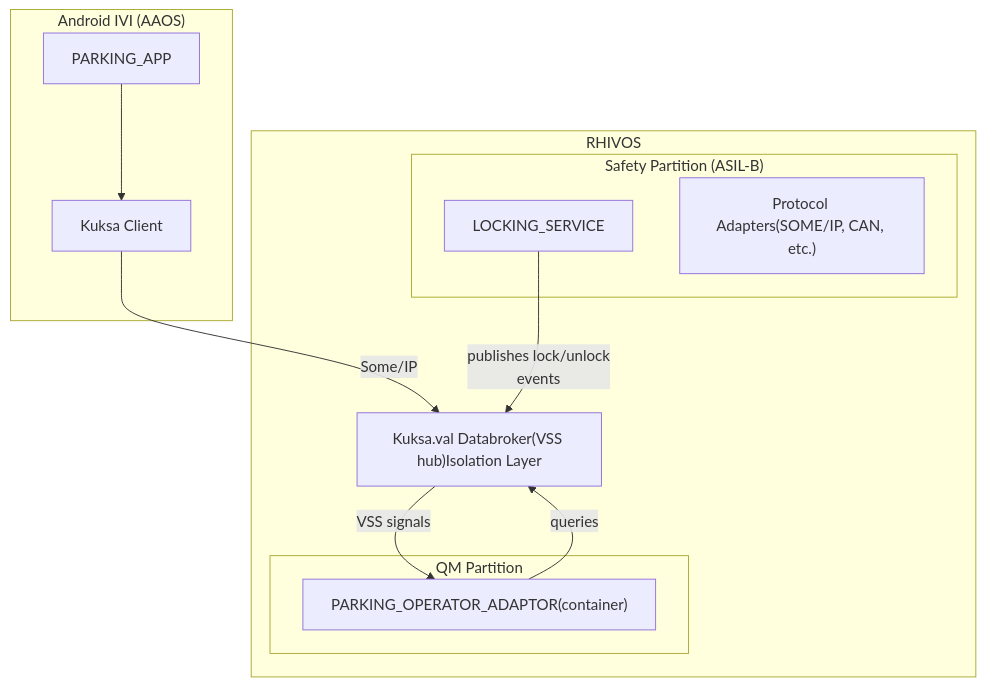
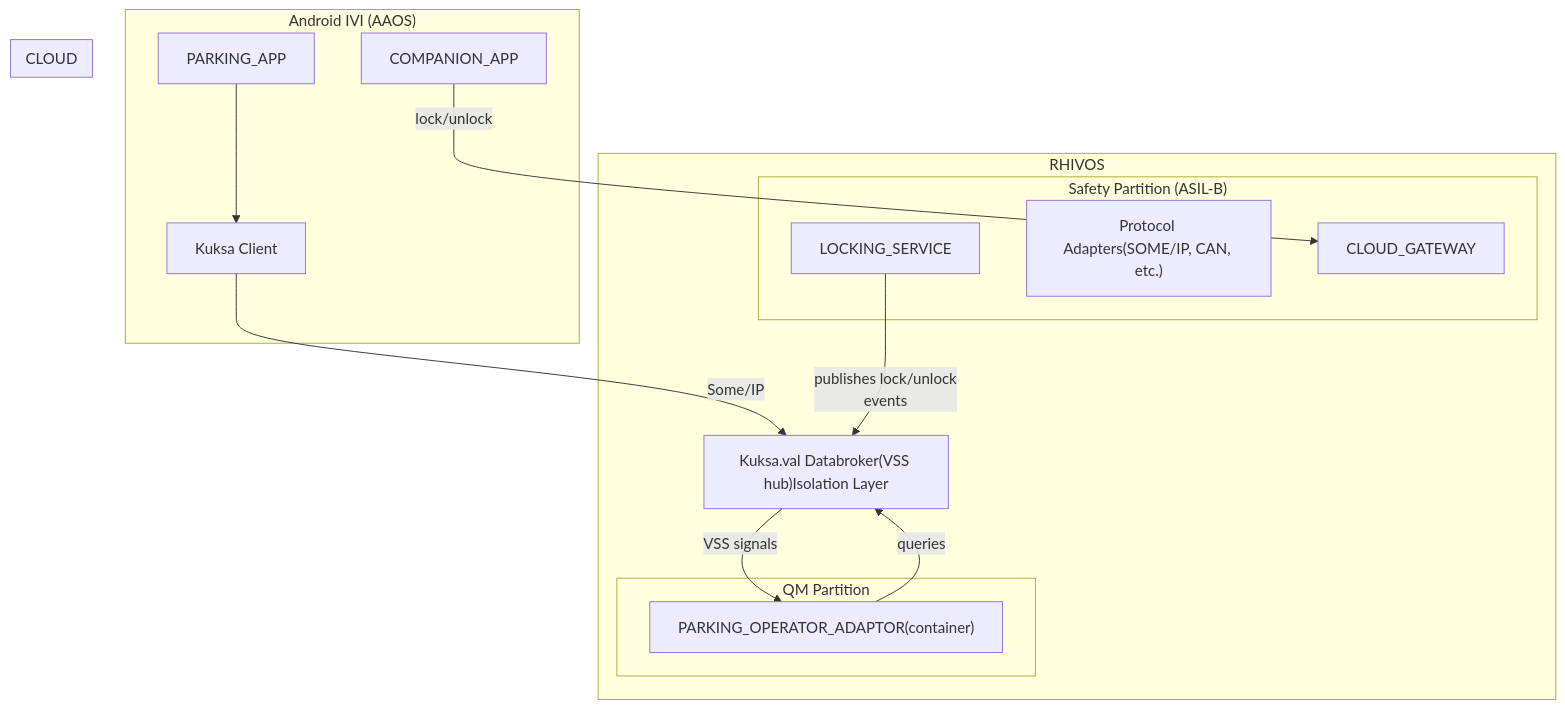
One commit to rhadp/parking-fee-service changed the diagram in prd.md. Above: the diagram before and after it, drawn with Mermaid.

Commit message:
initial prd.md

````diff
--- a/prd.md
+++ b/prd.md
@@ -91,27 +91,36 @@
 ```mermaid
 flowchart TD
 subgraph Android["Android IVI (AAOS)"]
 	ParkingApp["PARKING_APP"]
 	KuksaClient["Kuksa Client"]
 	ParkingApp --> KuksaClient
 end
 
 subgraph RHIVOS["RHIVOS"]
 	subgraph QM["QM Partition"]
 		Adaptor["PARKING_OPERATOR_ADAPTOR(container)"]
 	end
 	
 	Databroker["Kuksa.val Databroker(VSS hub)Isolation Layer"]
 	
 	subgraph Safety["Safety Partition (ASIL-B)"]
 		LockingService["LOCKING_SERVICE"]
 		ProtocolAdapters["Protocol Adapters(SOME/IP, CAN, etc.)"]
+        CloudGateway["CLOUD_GATEWAY"]
 	end
-	
+end
+
+subgraph Android["Android"]
+	CompanionApp["COMPANION_APP"]
+end
+
+subgraph Cloud["CLOUD"]
+    CloudGateway["CLOUD_GATEWAY"]
 end
 
 KuksaClient -->|Some/IP| Databroker
 LockingService -->|publishes lock/unlock<br/>events| Databroker
 Databroker -->|VSS signals| Adaptor
 Adaptor -->|queries| Databroker
+CompanionApp --> |lock/unlock| CloudGateway
 ```
````
